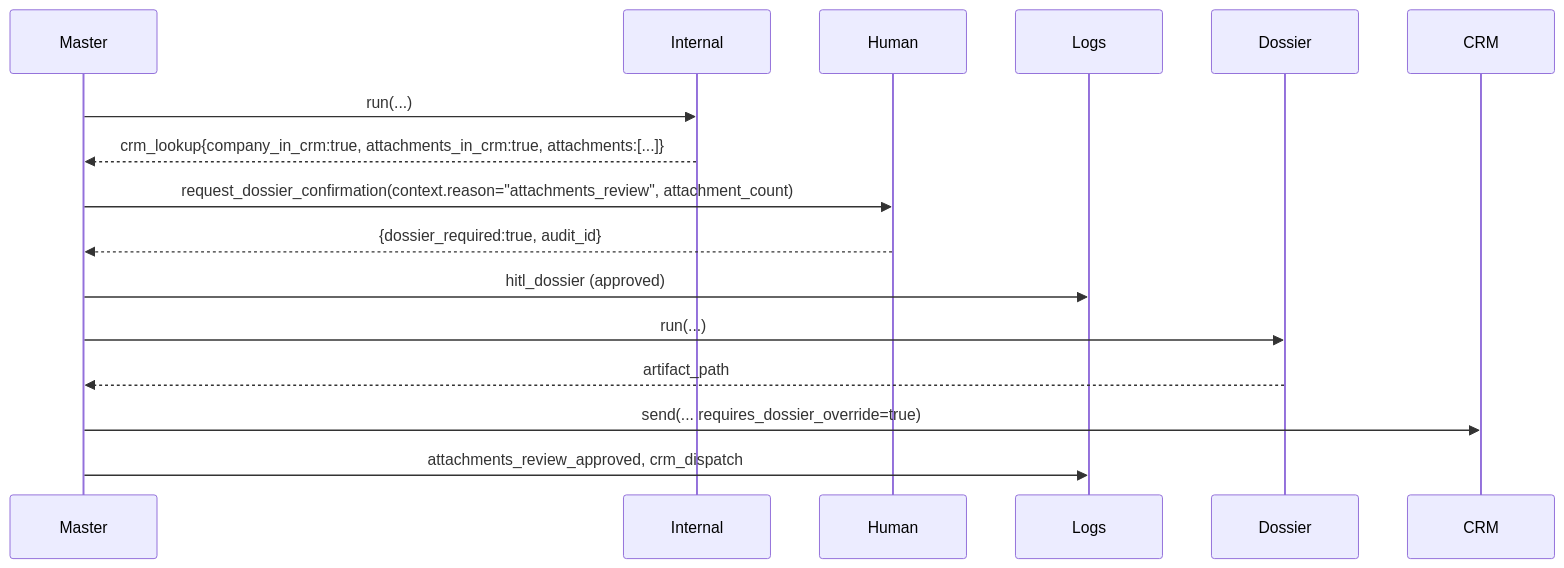
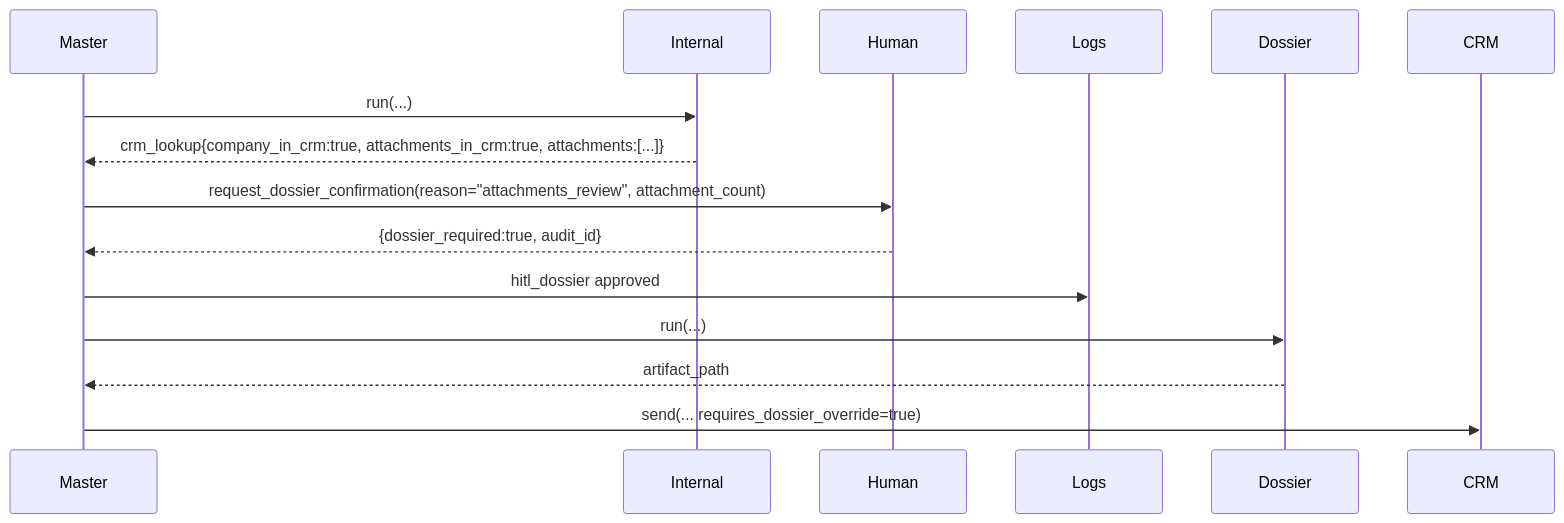
One commit to KonstantinData/Lead-Market-Insights changed the second of 8 diagrams in docs/hubspot_dossier_audit.md. Above: the diagram before and after it, drawn with Mermaid. The commit also changed other lines of this file, not shown here.

Commit message:
Rewrite HubSpot dossier audit to match workflow spec

````diff
--- a/docs/hubspot_dossier_audit.md
+++ b/docs/hubspot_dossier_audit.md
@@ -70,12 +67,11 @@
 ```mermaid
 sequenceDiagram
     Master->>Internal: run(...)
     Internal-->>Master: crm_lookup{company_in_crm:true, attachments_in_crm:true, attachments:[...]}
-    Master->>Human: request_dossier_confirmation(context.reason="attachments_review", attachment_count)
+    Master->>Human: request_dossier_confirmation(reason="attachments_review", attachment_count)
     Human-->>Master: {dossier_required:true, audit_id}
-    Master->>Logs: hitl_dossier (approved)
+    Master->>Logs: hitl_dossier approved
     Master->>Dossier: run(...)
     Dossier-->>Master: artifact_path
     Master->>CRM: send(... requires_dossier_override=true)
-    Master->>Logs: attachments_review_approved, crm_dispatch
 ```
````
